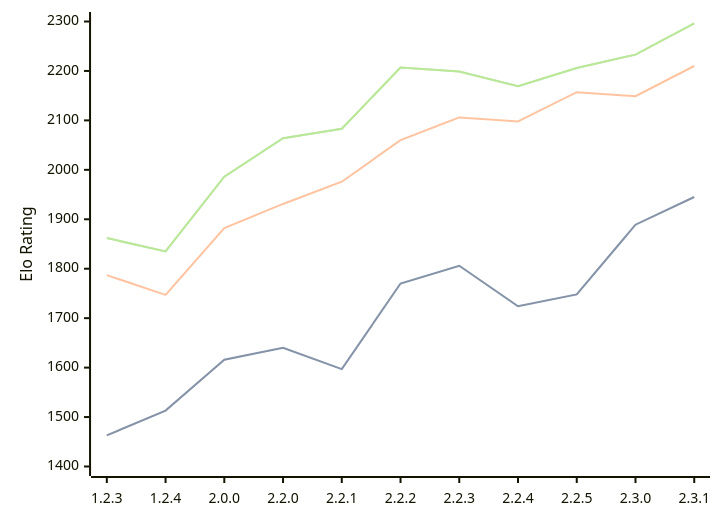
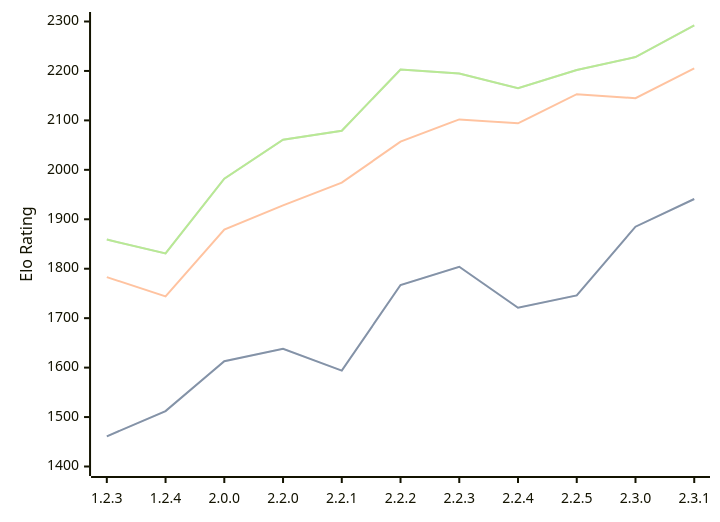
One commit to computer-chess-index/cci changed the third of 3 diagrams in engines/Kreveta.md. Above: the diagram before and after it, drawn with Mermaid. The commit also changed other lines of this file, not shown here.

Commit message:
Update CCI Ratings (ELO VLTC) - 2026-07-16

````diff
--- a/engines/Kreveta.md
+++ b/engines/Kreveta.md
@@ -76,11 +76,11 @@
 ```mermaid
 %%{init: {"theme":"base","themeVariables":{"seriesColors:['#a3a3a3','#222221','#faa371']}}}%%
 xychart-beta
   x-axis ["1.2.3", "1.2.4", "2.0.0", "2.2.0", "2.2.1", "2.2.2", "2.2.3", "2.2.4", "2.2.5", "2.3.0", "2.3.1"]
   y-axis "Elo Rating" 1400 --> 2300
-  line "STC (8.0+0.08s)" [1463, 1513, 1616, 1640, 1597, 1770, 1806, 1724, 1748, 1889, 1945]
-  line "STC (8.0+0.08s)" [1463, 1513, 1616, 1640, 1597, 1770, 1806, 1724, 1748, 1889, 1945]
-  line "LTC (60.0+0.60s)" [1787, 1747, 1882, 1931, 1976, 2060, 2106, 2098, 2157, 2149, 2210]
-  line "VLTC (2m24s+1.12s)" [1862, 1835, 1986, 2064, 2083, 2207, 2199, 2169, 2206, 2233, 2296]
-  line "VLTC (2m24s+1.12s)" [1862, 1835, 1986, 2064, 2083, 2207, 2199, 2169, 2206, 2233, 2296]
+  line "STC (8.0+0.08s)" [1461, 1512, 1613, 1638, 1594, 1767, 1804, 1721, 1746, 1885, 1941]
+  line "STC (8.0+0.08s)" [1461, 1512, 1613, 1638, 1594, 1767, 1804, 1721, 1746, 1885, 1941]
+  line "LTC (60.0+0.60s)" [1783, 1744, 1879, 1928, 1974, 2057, 2102, 2094, 2153, 2145, 2205]
+  line "VLTC (2m24s+1.12s)" [1859, 1831, 1982, 2061, 2079, 2203, 2195, 2165, 2202, 2228, 2292]
+  line "VLTC (2m24s+1.12s)" [1859, 1831, 1982, 2061, 2079, 2203, 2195, 2165, 2202, 2228, 2292]
 ```
````
